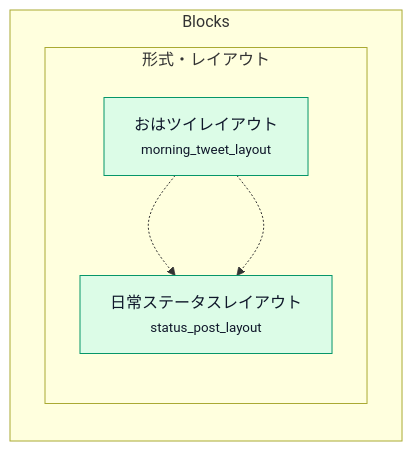
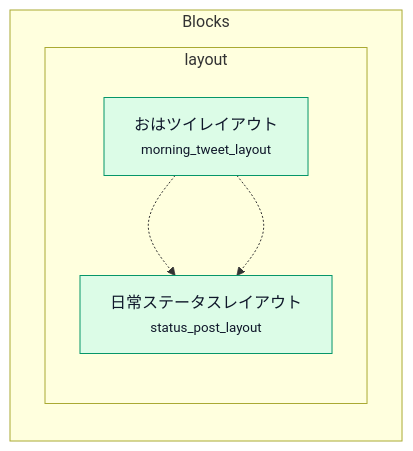
One commit to KAFKA2306/prompt-vault changed the seventh of 7 diagrams in docs/generated/db_graph.md. Above: the diagram before and after it, drawn with Mermaid. The commit also changed other lines of this file and 7 other files, not shown here.

````diff
--- a/docs/generated/db_graph.md
+++ b/docs/generated/db_graph.md
@@ -1748,15 +1973,15 @@
 ```mermaid
 flowchart LR
   classDef template fill:#dbeafe,stroke:#2563eb,color:#0f172a,stroke-width:1px;
   classDef block fill:#dcfce7,stroke:#059669,color:#0f172a,stroke-width:1px;
   subgraph blocks["Blocks"]
     direction TB
-    subgraph cat_01["形式・レイアウト"]
+    subgraph fam_01["layout"]
       direction TB
       b_morning_tweet_layout["おはツイレイアウト<br/><small>morning_tweet_layout</small>"]:::block
       b_status_post_layout["日常ステータスレイアウト<br/><small>status_post_layout</small>"]:::block
     end
   end
   b_morning_tweet_layout -.-> b_status_post_layout
   b_morning_tweet_layout -.-> b_status_post_layout
 ```
````
